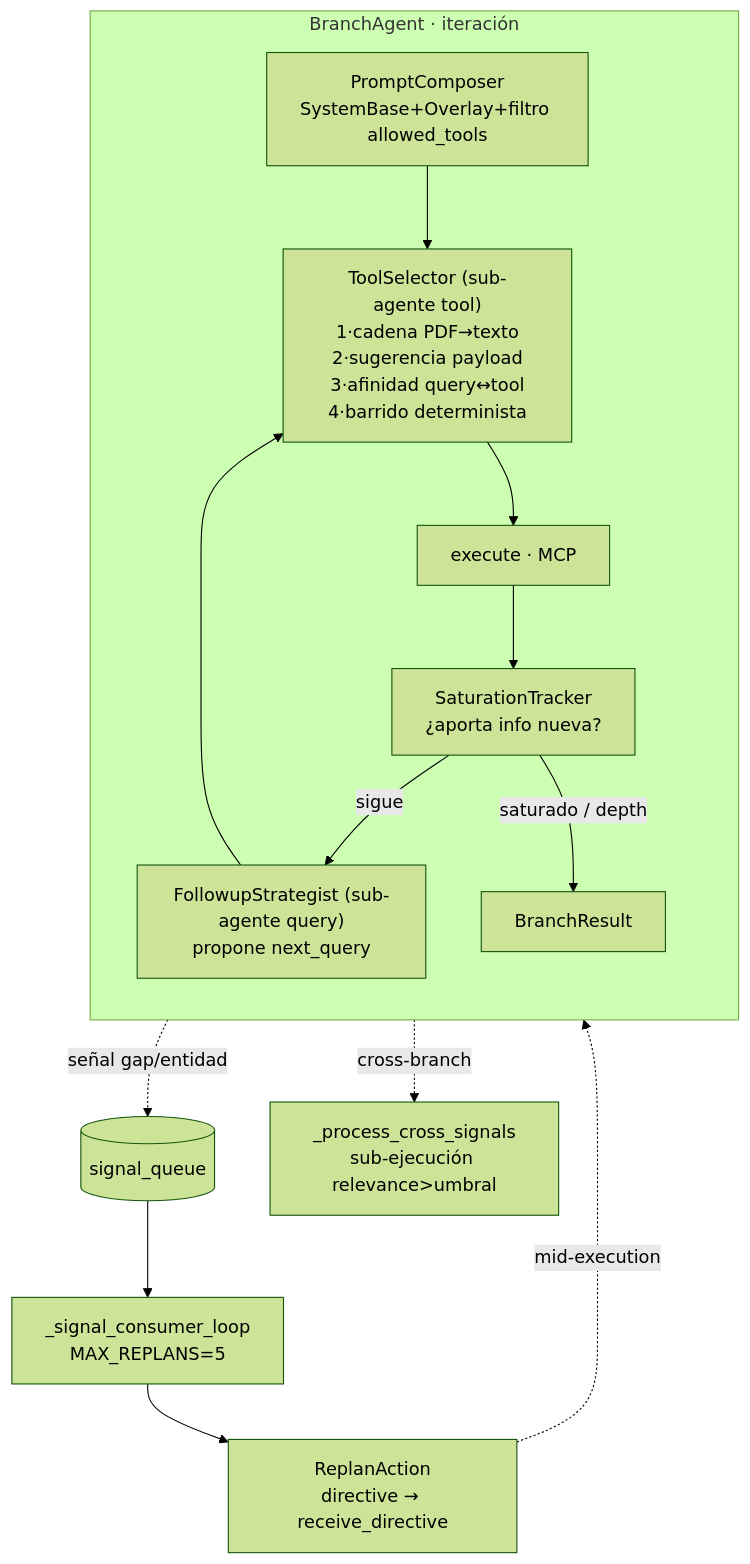
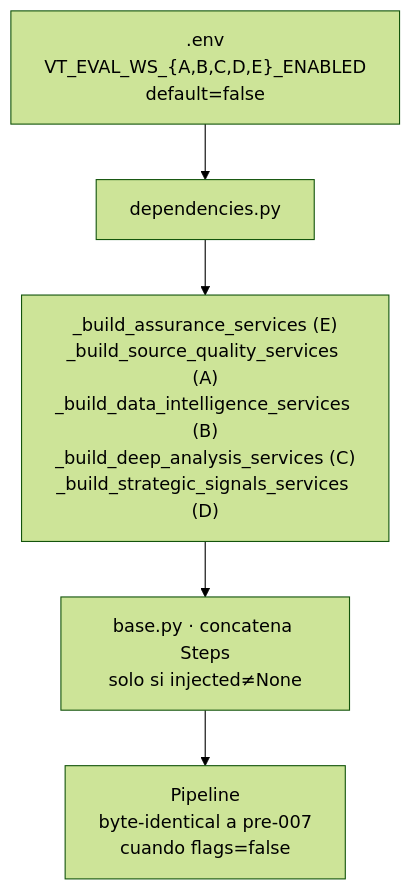
Before and after one commit to Angelthebestone/vigilador-tecnologico-2.0: the fifth of 8 diagrams in ARQUITECTURA.md, drawn with Mermaid (forest theme). The commit also changed other lines of this file and 89 other files, not shown here.

````diff
--- a/ARQUITECTURA.md
+++ b/ARQUITECTURA.md
@@ -55,20 +183,7 @@
 ```mermaid
 flowchart TD
-    subgraph BR ["BranchAgent · iteración"]
-        direction TB
-        PC["PromptComposer<br/>SystemBase+Overlay+filtro allowed_tools"]
-        TS["ToolSelector (sub-agente tool)<br/>1·cadena PDF→texto<br/>2·sugerencia payload<br/>3·afinidad query↔tool<br/>4·barrido determinista"]
-        EXE["execute · MCP"]
-        FS["FollowupStrategist (sub-agente query)<br/>propone next_query"]
-        SAT["SaturationTracker<br/>¿aporta info nueva?"]
-        PC --> TS --> EXE --> SAT
-        SAT -->|sigue| FS --> TS
-        SAT -->|saturado / depth| OUT[BranchResult]
-    end
-
-    EXE -.señal gap/entidad.-> SQ[(signal_queue)]
-    SQ --> SCL["_signal_consumer_loop<br/>MAX_REPLANS=5"]
-    SCL --> RP["ReplanAction<br/>directive → receive_directive"]
-    RP -.mid-execution.-> BR
-    EXE -.cross-branch.-> XS["_process_cross_signals<br/>sub-ejecución relevance>umbral"]
+    ENV[".env<br/>VT_EVAL_WS_{A,B,C,D,E}_ENABLED<br/>default=false"] --> DI[dependencies.py]
+    DI --> BLD["_build_assurance_services (E)<br/>_build_source_quality_services (A)<br/>_build_data_intelligence_services (B)<br/>_build_deep_analysis_services (C)<br/>_build_strategic_signals_services (D)"]
+    BLD --> BASE["base.py · concatena Steps<br/>solo si injected≠None"]
+    BASE --> PIPELINE["Pipeline<br/>byte-identical a pre-007<br/>cuando flags=false"]
 ```
````
